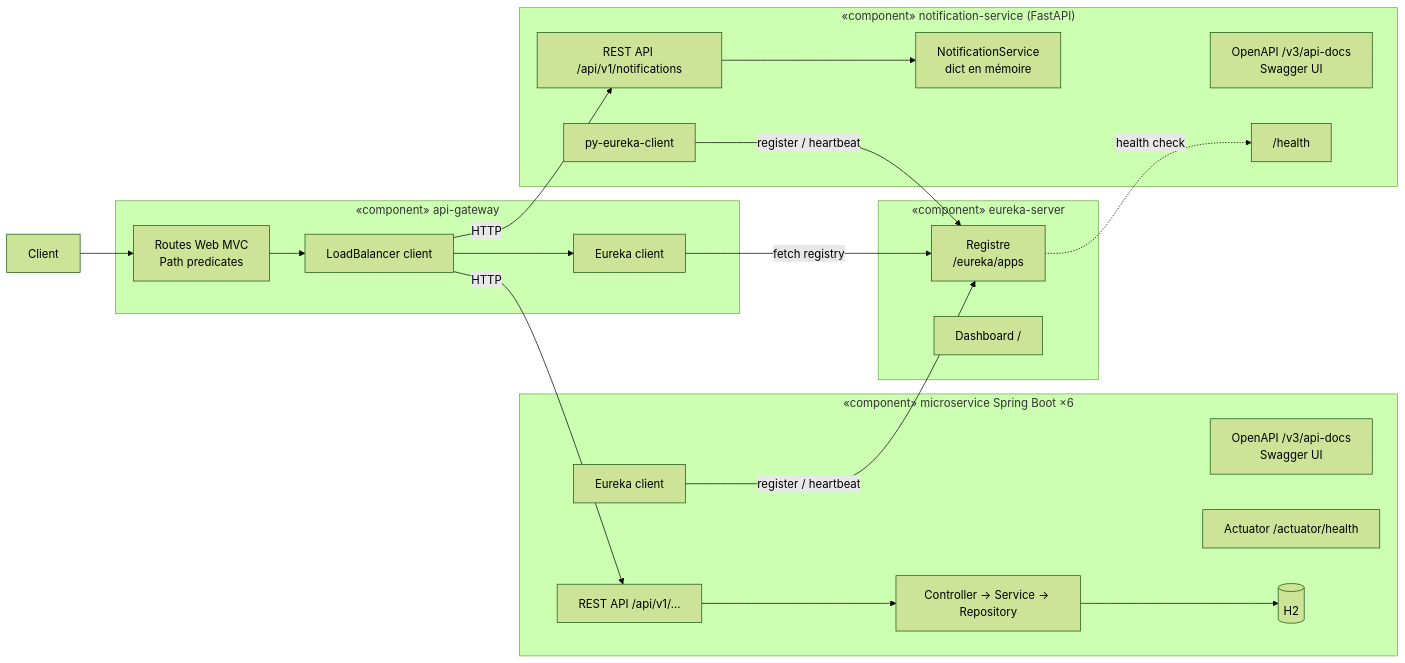
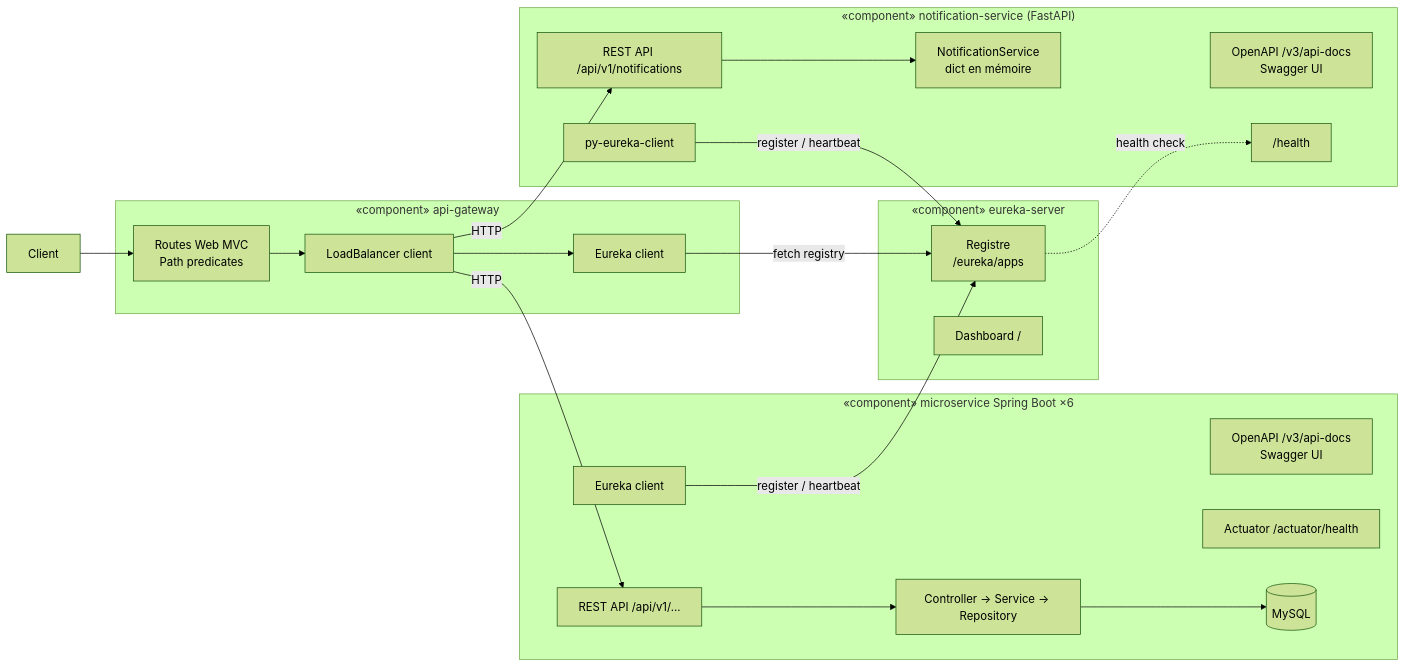
One commit to touihri6/library-management changed the diagram in documentation/diagrams/component/composants.md. Above: the diagram before and after it, drawn with Mermaid (forest theme). The commit also changed 35 other files, not shown here.

````diff
--- a/documentation/diagrams/component/composants.md
+++ b/documentation/diagrams/component/composants.md
@@ -5,44 +5,44 @@
 ```mermaid
 flowchart LR
     Client["Client"]
 
     subgraph GW["«component» api-gateway"]
         Routes["Routes Web MVC<br/>Path predicates"]
         LB["LoadBalancer client"]
         GWE["Eureka client"]
     end
 
     subgraph EU["«component» eureka-server"]
         Reg["Registre<br/>/eureka/apps"]
         Dash["Dashboard /"]
     end
 
     subgraph SB["«component» microservice Spring Boot ×6"]
         API["REST API /api/v1/..."]
         Docs["OpenAPI /v3/api-docs<br/>Swagger UI"]
         Act["Actuator /actuator/health"]
         Core["Controller → Service → Repository"]
         EC["Eureka client"]
-        H2[("H2")]
+        DB[("MySQL")]
     end
 
     subgraph PY["«component» notification-service (FastAPI)"]
         PAPI["REST API /api/v1/notifications"]
         PDocs["OpenAPI /v3/api-docs<br/>Swagger UI"]
         PH["/health"]
         PS["NotificationService<br/>dict en mémoire"]
         PEC["py-eureka-client"]
     end
 
     Client --> Routes
     Routes --> LB
     LB --> GWE
     GWE -->|fetch registry| Reg
     LB -->|HTTP| API
     LB -->|HTTP| PAPI
-    API --> Core --> H2
+    API --> Core --> DB
     PAPI --> PS
     EC -->|register / heartbeat| Reg
     PEC -->|register / heartbeat| Reg
     Reg -.->|health check| PH
 ```
````
